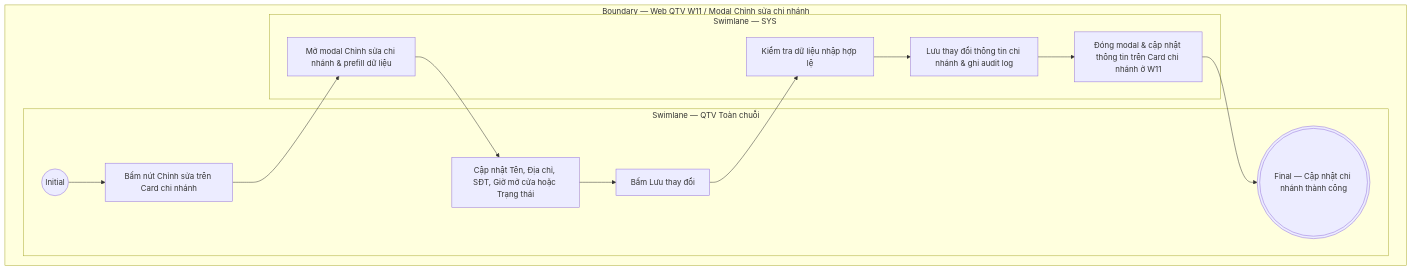
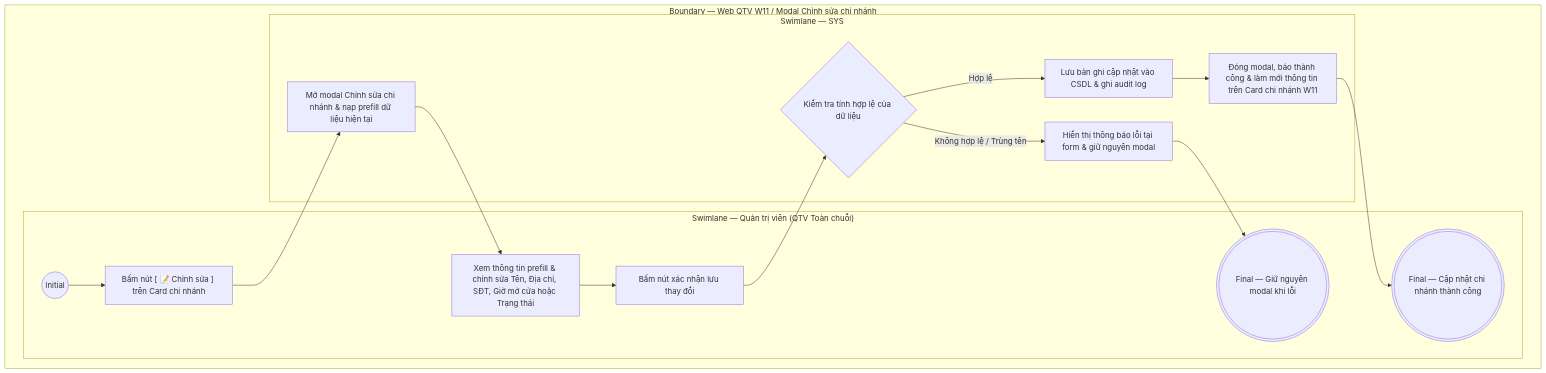
One commit to ThachY-23120411/Paradise-Gym-v2 changed the diagram in docs/user-stories/qtv/QTV-W11-Chi nhánh/QTV-W11-US03-Chỉnh sửa chi nhánh.md. Above: the diagram before and after it, drawn with Mermaid. The commit also changed other lines of this file and 97 other files, not shown here.

````diff
--- a/docs/user-stories/qtv/QTV-W11-Chi nhánh/QTV-W11-US03-Chỉnh sửa chi nhánh.md
+++ b/docs/user-stories/qtv/QTV-W11-Chi nhánh/QTV-W11-US03-Chỉnh sửa chi nhánh.md
@@ -47,21 +52,29 @@
 ```mermaid
 flowchart TB
   subgraph B["Boundary — Web QTV W11 / Modal Chỉnh sửa chi nhánh"]
-    subgraph L0["Swimlane — QTV Toàn chuỗi"]
+    subgraph L0["Swimlane — Quản trị viên (QTV Toàn chuỗi)"]
       I01(("Initial"))
-      A01["Bấm nút Chỉnh sửa trên Card chi nhánh"]
-      A02["Cập nhật Tên, Địa chỉ, SĐT, Giờ mở cửa hoặc Trạng thái"]
-      A03["Bấm Lưu thay đổi"]
+      A01["Bấm nút [ 📝 Chỉnh sửa ] trên Card chi nhánh"]
+      A02["Xem thông tin prefill & chỉnh sửa Tên, Địa chỉ, SĐT, Giờ mở cửa hoặc Trạng thái"]
+      A03["Bấm nút xác nhận lưu thay đổi"]
       F01((("Final — Cập nhật chi nhánh thành công")))
+      F02((("Final — Giữ nguyên modal khi lỗi")))
+
       I01 --> A01
+      A02 --> A03
     end
+
     subgraph L1["Swimlane — SYS"]
-      S01["Mở modal Chỉnh sửa chi nhánh & prefill dữ liệu"]
-      S02["Kiểm tra dữ liệu nhập hợp lệ"]
-      S03["Lưu thay đổi thông tin chi nhánh & ghi audit log"]
-      S04["Đóng modal & cập nhật thông tin trên Card chi nhánh ở W11"]
+      S01["Mở modal Chỉnh sửa chi nhánh & nạp prefill dữ liệu hiện tại"]
+      S02{"Kiểm tra tính hợp lệ của dữ liệu"}
+      S03["Lưu bản ghi cập nhật vào CSDL & ghi audit log"]
+      S04["Đóng modal, báo thành công & làm mới thông tin trên Card chi nhánh W11"]
+      S05["Hiển thị thông báo lỗi tại form & giữ nguyên modal"]
 
-      A01 --> S01 --> A02 --> A03 --> S02 --> S03 --> S04 --> F01
+      A01 --> S01 --> A02
+      A03 --> S02
+      S02 -->|Hợp lệ| S03 --> S04 --> F01
+      S02 -->|Không hợp lệ / Trùng tên| S05 --> F02
     end
   end
 ```
````
